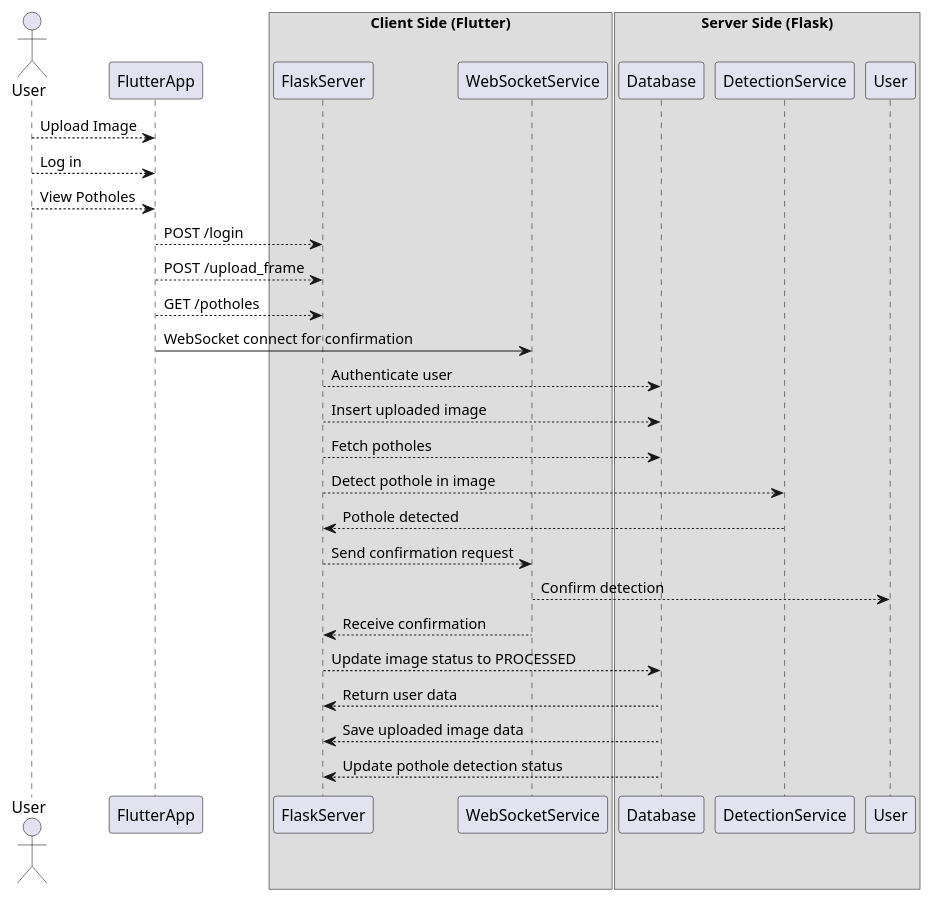
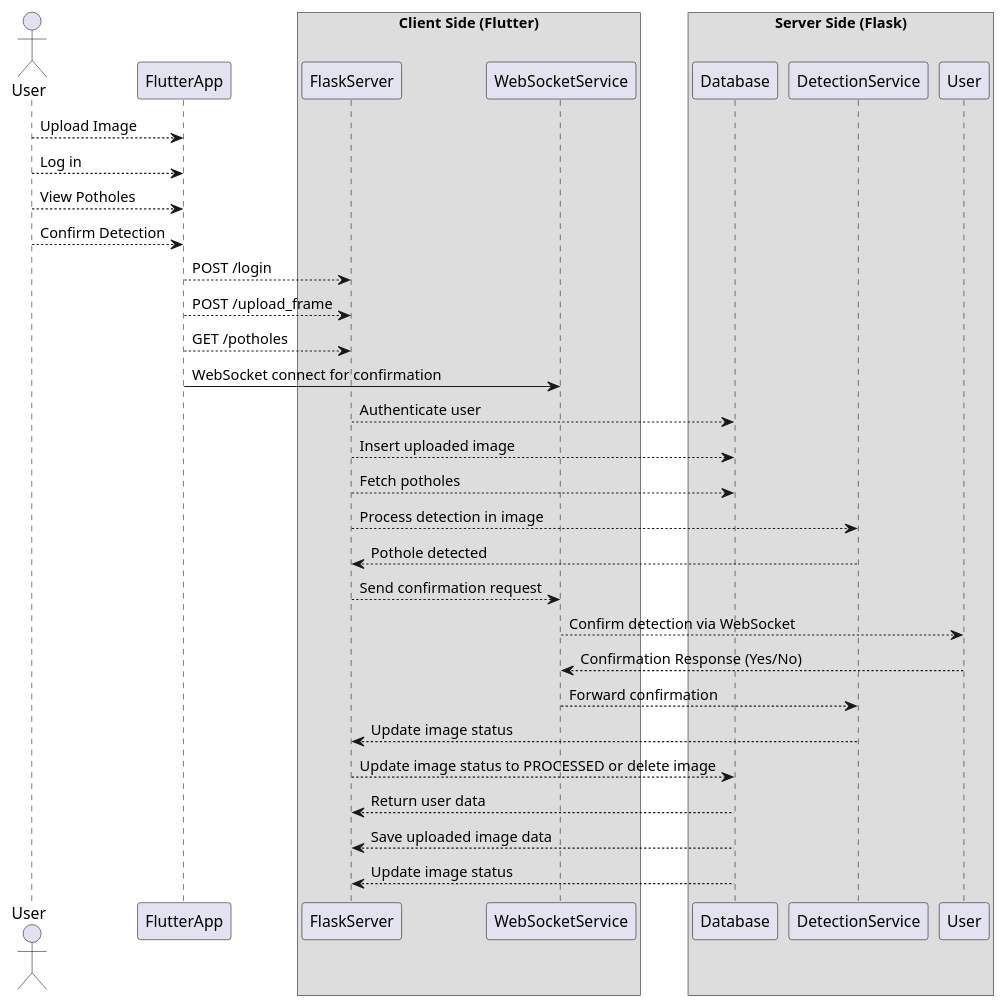
The diagram in documentation/business_logic_diagram.puml (Swintleton/pothole_server), drawn with PlantUML before and after one commit. The commit also changed 9 other files, not shown here.

```diff
--- a/documentation/business_logic_diagram.puml
+++ b/documentation/business_logic_diagram.puml
@@ -1,34 +1,38 @@
 @startuml
 actor User as U
 
 U --> FlutterApp : Upload Image
 U --> FlutterApp : Log in
 U --> FlutterApp : View Potholes
+U --> FlutterApp : Confirm Detection
 
 box "Client Side (Flutter)"
     FlutterApp --> FlaskServer : POST /login
     FlutterApp --> FlaskServer : POST /upload_frame
     FlutterApp --> FlaskServer : GET /potholes
     FlutterApp -> WebSocketService : WebSocket connect for confirmation
 end box
 
 box "Server Side (Flask)"
     FlaskServer --> Database : Authenticate user
     FlaskServer --> Database : Insert uploaded image
     FlaskServer --> Database : Fetch potholes
-    FlaskServer --> DetectionService : Detect pothole in image
+    FlaskServer --> DetectionService : Process detection in image
     DetectionService --> FlaskServer : Pothole detected
     FlaskServer --> WebSocketService : Send confirmation request
 
-    WebSocketService --> User : Confirm detection
-    WebSocketService --> FlaskServer : Receive confirmation
-    FlaskServer --> Database : Update image status to PROCESSED
+    WebSocketService --> User : Confirm detection via WebSocket
+    User --> WebSocketService : Confirmation Response (Yes/No)
+    WebSocketService --> DetectionService : Forward confirmation
+    DetectionService --> FlaskServer : Update image status
+
+    FlaskServer --> Database : Update image status to PROCESSED or delete image
 end box
 
 box "Database (PostgreSQL)"
     Database --> FlaskServer : Return user data
     Database --> FlaskServer : Save uploaded image data
-    Database --> FlaskServer : Update pothole detection status
+    Database --> FlaskServer : Update image status
 end box
 
 @enduml
```
